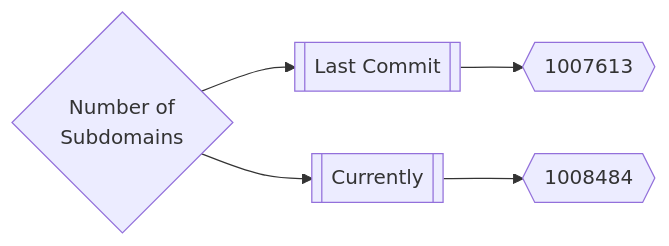
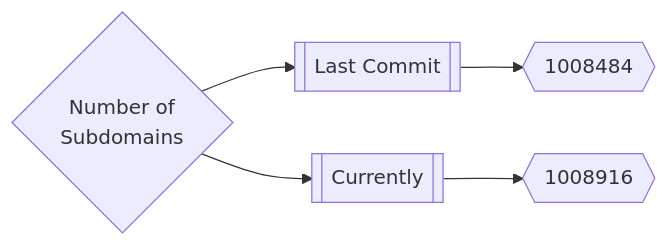
The first of 3 diagrams in README.md (Excloudx6/inventory), drawn with Mermaid before and after one commit. The commit also changed other lines of this file, not shown here.

Commit message:
Update README.md Fri Aug 12 22:16:56 UTC 2022

````diff
--- a/README.md
+++ b/README.md
@@ -167,5 +167,5 @@
 ```mermaid
 graph LR
-title{Number of<br>Subdomains} --> subdomainsDate1[[Last Commit]] --> subdomainsNum1{{1007613}}
-title --> subdomainsDate2[[Currently]] --> subdomainsNum2{{1008484}}
+title{Number of<br>Subdomains} --> subdomainsDate1[[Last Commit]] --> subdomainsNum1{{1008484}}
+title --> subdomainsDate2[[Currently]] --> subdomainsNum2{{1008916}}
 ```
````
